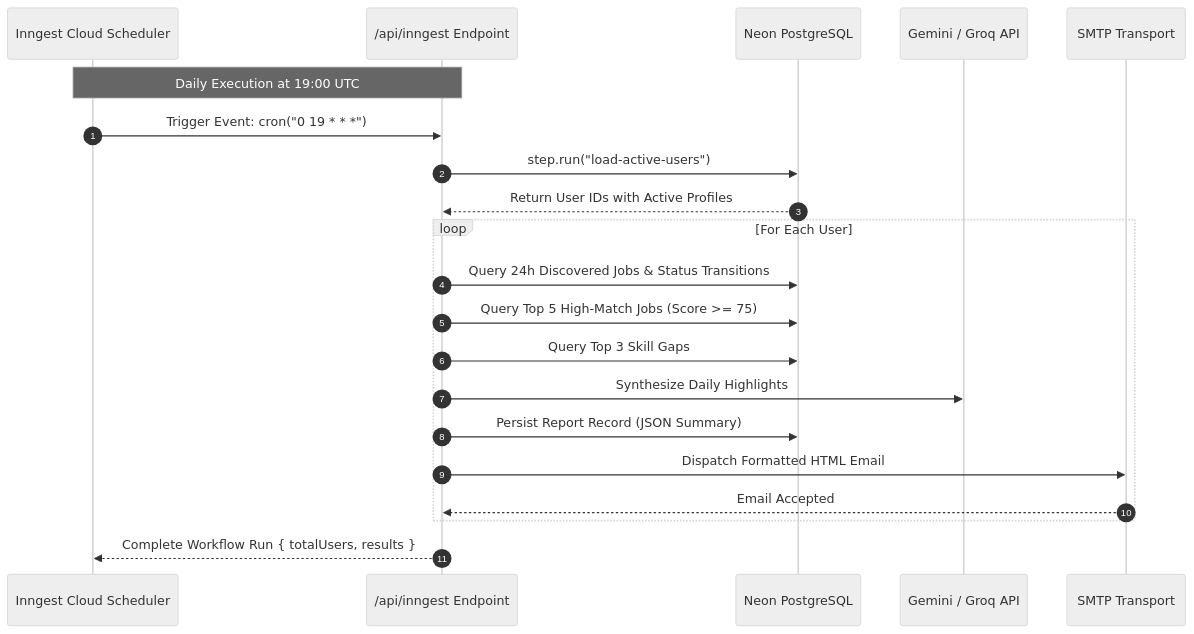
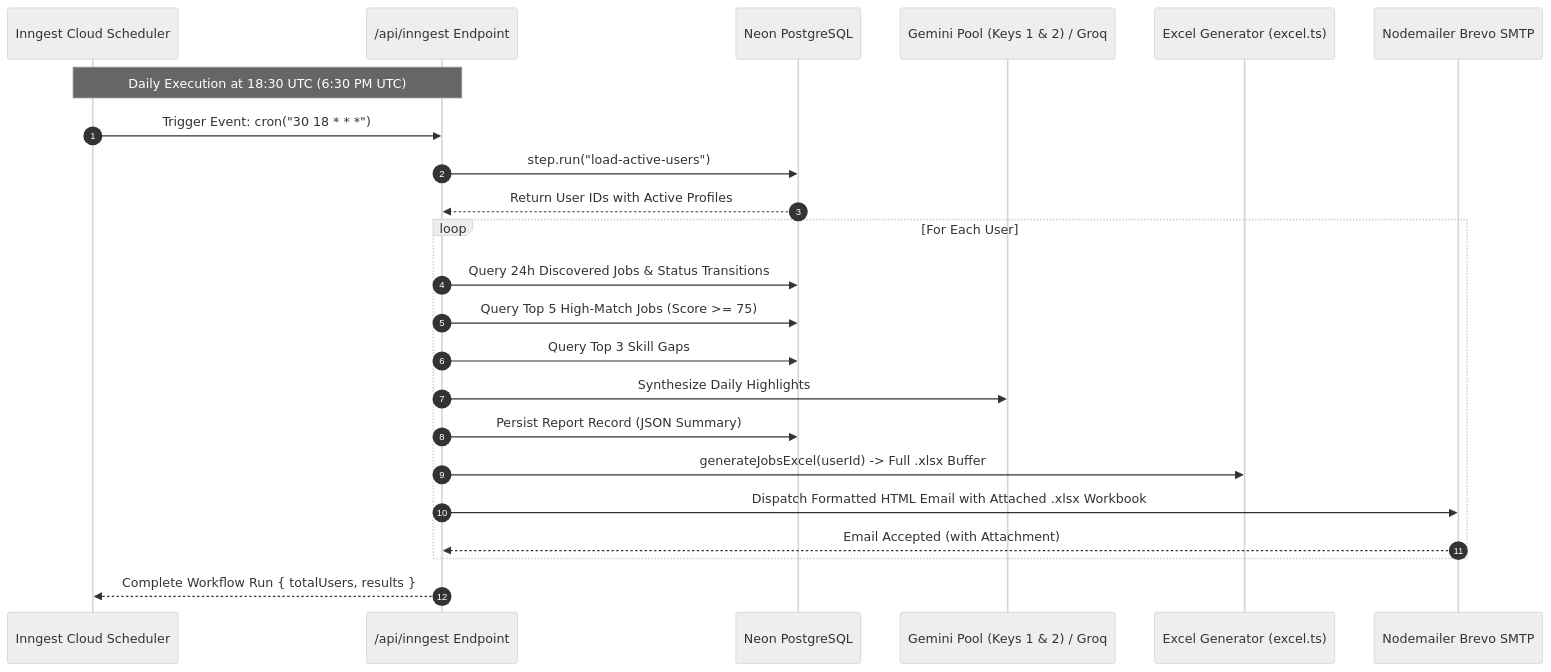
One commit to AdrishKarak/Job-intel changed the fifth of 5 diagrams in Architecture.md. Above: the diagram before and after it, drawn with Mermaid (neutral theme). The commit also changed other lines of this file and 17 other files, not shown here.

Commit message:
LLM and Crawling API Pool addition

````diff
--- a/Architecture.md
+++ b/Architecture.md
@@ -377,26 +387,28 @@
 ```mermaid
 sequenceDiagram
     autonumber
     participant Inngest as Inngest Cloud Scheduler
     participant Worker as /api/inngest Endpoint
     participant DB as Neon PostgreSQL
-    participant AI as Gemini / Groq API
-    participant SMTP as SMTP Transport
+    participant AI as Gemini Pool (Keys 1 & 2) / Groq
+    participant Excel as Excel Generator (excel.ts)
+    participant SMTP as Nodemailer Brevo SMTP
 
-    Note over Inngest,Worker: Daily Execution at 19:00 UTC
-    Inngest->>Worker: Trigger Event: cron("0 19 * * *")
+    Note over Inngest,Worker: Daily Execution at 18:30 UTC (6:30 PM UTC)
+    Inngest->>Worker: Trigger Event: cron("30 18 * * *")
     Worker->>DB: step.run("load-active-users")
     DB-->>Worker: Return User IDs with Active Profiles
 
     loop For Each User
         Worker->>DB: Query 24h Discovered Jobs & Status Transitions
         Worker->>DB: Query Top 5 High-Match Jobs (Score >= 75)
         Worker->>DB: Query Top 3 Skill Gaps
         Worker->>AI: Synthesize Daily Highlights
         Worker->>DB: Persist Report Record (JSON Summary)
-        Worker->>SMTP: Dispatch Formatted HTML Email
-        SMTP-->>Worker: Email Accepted
+        Worker->>Excel: generateJobsExcel(userId) -> Full .xlsx Buffer
+        Worker->>SMTP: Dispatch Formatted HTML Email with Attached .xlsx Workbook
+        SMTP-->>Worker: Email Accepted (with Attachment)
     end
 
     Worker-->>Inngest: Complete Workflow Run { totalUsers, results }
 ```
````
